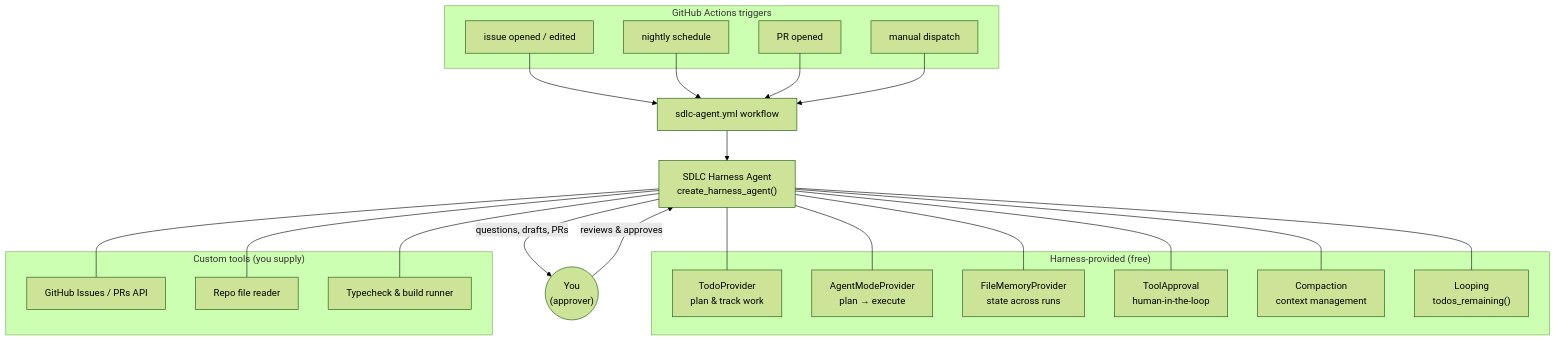
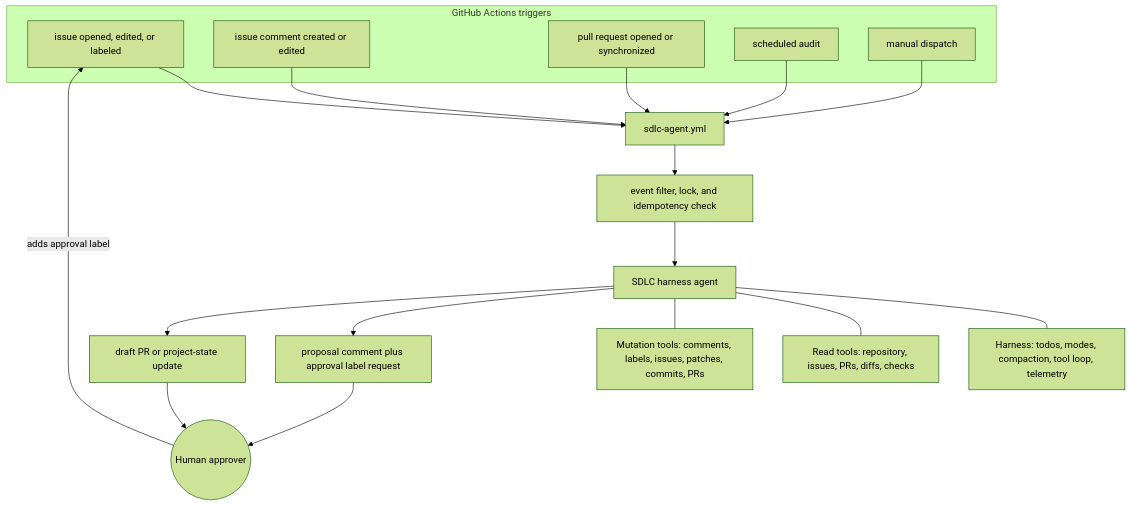
Before and after one commit to JasonPriceDev/shadow-circuit: the diagram in docs/plans/agentic-sdlc-workflow.md, drawn with Mermaid (forest theme). The commit also changed other lines of this file and 9 other files, not shown here.

Commit message:
Revamp issue templates, workflows, and agent docs for harness-based SDLC

````diff
--- a/docs/plans/agentic-sdlc-workflow.md
+++ b/docs/plans/agentic-sdlc-workflow.md
@@ -13,35 +64,24 @@
 ```mermaid
 flowchart TD
-    subgraph "GitHub Actions triggers"
-        T1["issue opened / edited"]
-        T2["nightly schedule"]
-        T3["PR opened"]
-        T4["manual dispatch"]
+    subgraph Triggers["GitHub Actions triggers"]
+        I["issue opened, edited, or labeled"]
+        C["issue comment created or edited"]
+        P["pull request opened or synchronized"]
+        S["scheduled audit"]
+        M["manual dispatch"]
     end
 
-    T1 & T2 & T3 & T4 --> WF["sdlc-agent.yml workflow"]
+    I & C & P & S & M --> W["sdlc-agent.yml"]
+    W --> G["event filter, lock, and idempotency check"]
+    G --> A["SDLC harness agent"]
 
-    WF --> Agent["SDLC Harness Agent\ncreate_harness_agent()"]
+    A --- H["Harness: todos, modes, compaction, tool loop, telemetry"]
+    A --- R["Read tools: repository, issues, PRs, diffs, checks"]
+    A --- X["Mutation tools: comments, labels, issues, patches, commits, PRs"]
 
-    subgraph "Harness-provided (free)"
-        Plan["TodoProvider\nplan & track work"]
-        Mode["AgentModeProvider\nplan → execute"]
-        Mem["FileMemoryProvider\nstate across runs"]
-        Approve["ToolApproval\nhuman-in-the-loop"]
-        Compact["Compaction\ncontext management"]
-        Loop["Looping\ntodos_remaining()"]
-    end
-
-    Agent --- Plan & Mode & Mem & Approve & Compact & Loop
-
-    subgraph "Custom tools (you supply)"
-        GH["GitHub Issues / PRs API"]
-        FS["Repo file reader"]
-        Build["Typecheck & build runner"]
-    end
-
-    Agent --- GH & FS & Build
-
-    User(("You\n(approver)")) -->|"reviews & approves"| Agent
-    Agent -->|"questions, drafts, PRs"| User
+    A --> Q["proposal comment plus approval label request"]
+    U(("Human approver")) -->|"adds approval label"| I
+    Q --> U
+    A --> D["draft PR or project-state update"]
+    D --> U
 ```
````
